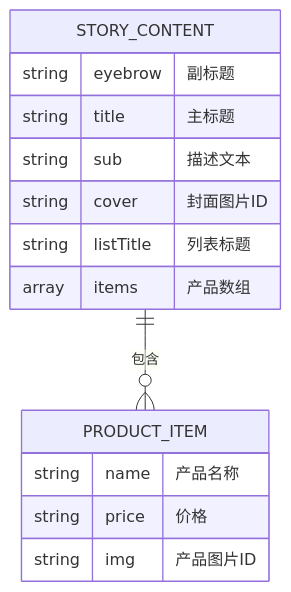
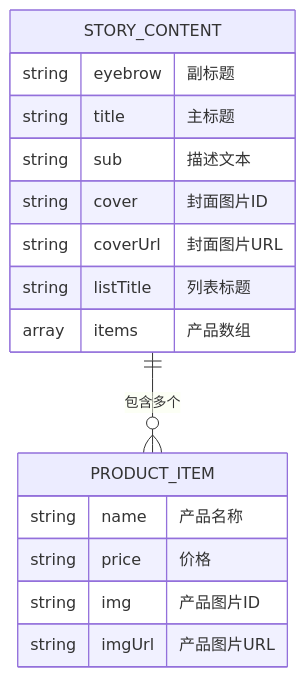
Before and after one commit to billye220670/newSquare: the eighth of 14 diagrams in .qoder/repowiki/zh/content/内容卡片系统/单品故事卡片.md, drawn with Mermaid. The commit also changed other lines of this file and 7 other files, not shown here.

````diff
--- a/.qoder/repowiki/zh/content/内容卡片系统/单品故事卡片.md
+++ b/.qoder/repowiki/zh/content/内容卡片系统/单品故事卡片.md
@@ -251,17 +336,19 @@
 ```mermaid
 erDiagram
 STORY_CONTENT {
 string eyebrow "副标题"
 string title "主标题"
 string sub "描述文本"
 string cover "封面图片ID"
+string coverUrl "封面图片URL"
 string listTitle "列表标题"
 array items "产品数组"
 }
 PRODUCT_ITEM {
 string name "产品名称"
 string price "价格"
 string img "产品图片ID"
+string imgUrl "产品图片URL"
 }
-STORY_CONTENT ||--o{ PRODUCT_ITEM : "包含"
+STORY_CONTENT ||--o{ PRODUCT_ITEM : "包含多个"
 ```
````
